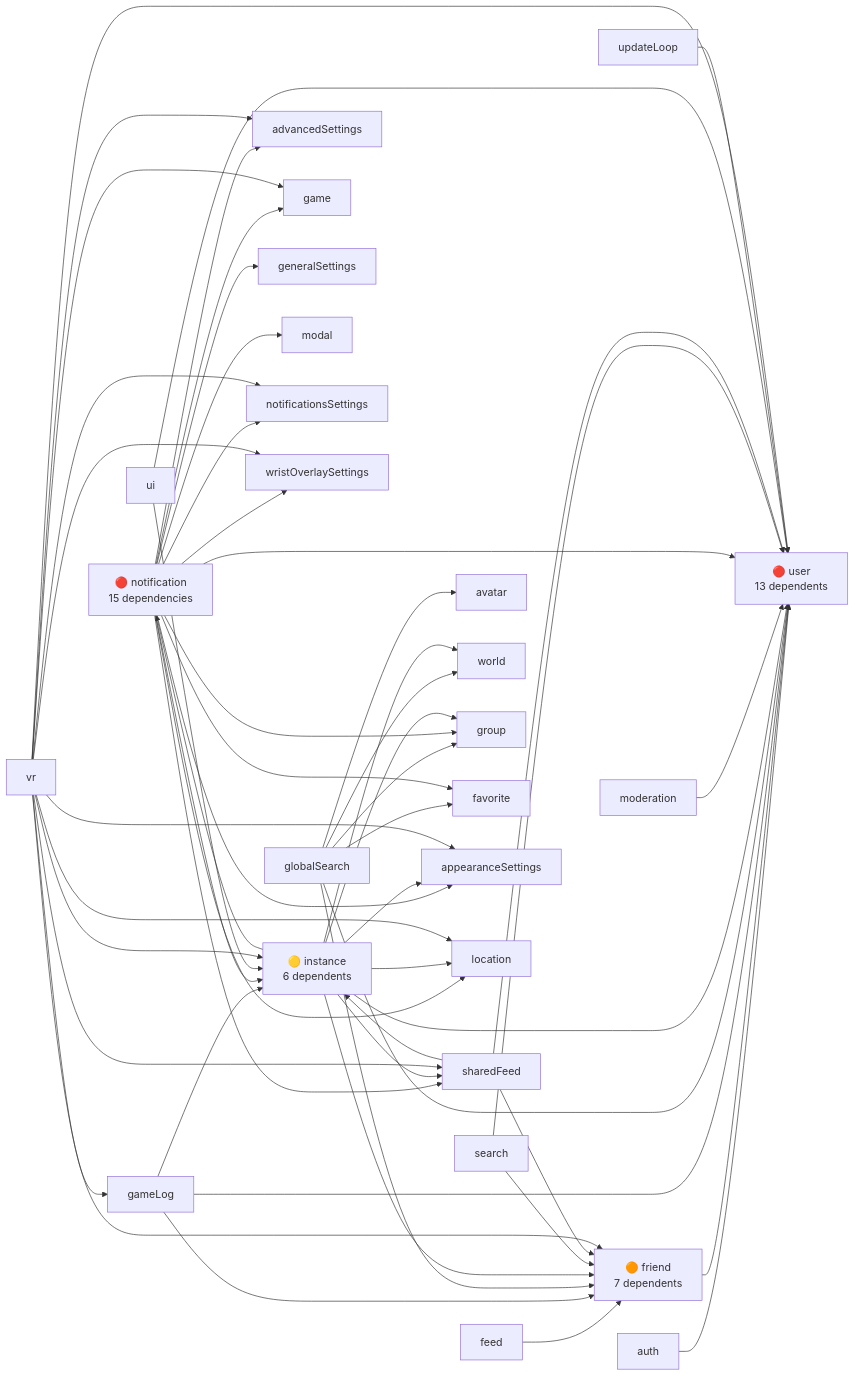
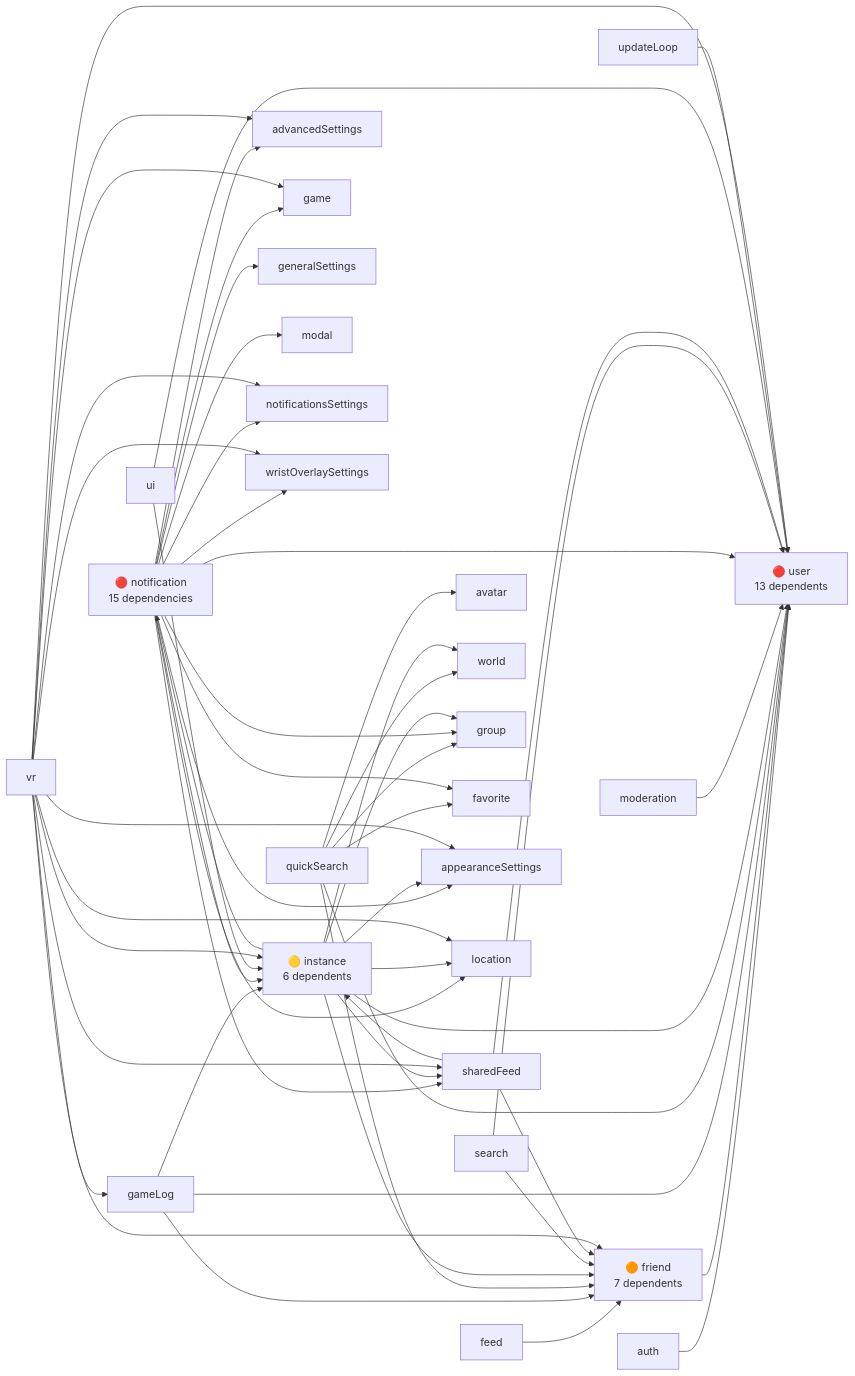
The diagram in en/architecture/dependencies.md (Map1en/vrcx-docs), drawn with Mermaid before and after one commit. The commit also changed 11 other files, not shown here.

Commit message:
update quick search

````diff
--- a/en/architecture/dependencies.md
+++ b/en/architecture/dependencies.md
@@ -5,76 +5,76 @@
 ```mermaid
 graph LR
     %% High-risk hubs (red)
     user["🔴 user<br/>13 dependents"]
     notification["🔴 notification<br/>15 dependencies"]
     
     %% Medium-high risk (orange)
     friend["🟠 friend<br/>7 dependents"]
     instance["🟡 instance<br/>6 dependents"]
     
     %% Stores that depend on user
     auth --> user
     friend --> user
     gameLog --> user
-    globalSearch --> user
+    quickSearch --> user
     instance --> user
     moderation --> user
     notification --> user
     search --> user
     sharedFeed --> user
     ui --> user
     updateLoop --> user
     vr --> user
 
     %% Stores that depend on friend
     feed --> friend
     gameLog --> friend
-    globalSearch --> friend
+    quickSearch --> friend
     instance --> friend
     search --> friend
     sharedFeed --> friend
     vr --> friend
 
-    %% Additional globalSearch dependencies (via Web Worker)
-    globalSearch --> avatar
-    globalSearch --> world
-    globalSearch --> group
-    globalSearch --> favorite
+    %% Additional quickSearch dependencies (via Web Worker)
+    quickSearch --> avatar
+    quickSearch --> world
+    quickSearch --> group
+    quickSearch --> favorite
 
     %% Stores that depend on instance
     gameLog --> instance
     notification --> instance
     sharedFeed --> instance
     ui --> instance
     vr --> instance
 
     %% Notification dependencies (it imports many stores)
     notification --> advancedSettings
     notification --> appearanceSettings
     notification --> favorite
     notification --> game
     notification --> generalSettings
     notification --> group
     notification --> location
     notification --> modal
     notification --> notificationsSettings
     notification --> sharedFeed
     notification --> wristOverlaySettings
 
     %% Other notable dependencies
     instance --> appearanceSettings
     instance --> group
     instance --> location
     instance --> notification
     instance --> sharedFeed
     instance --> world
 
     vr --> advancedSettings
     vr --> appearanceSettings
     vr --> gameLog
     vr --> game
     vr --> location
     vr --> notificationsSettings
     vr --> sharedFeed
     vr --> wristOverlaySettings
 ```
````
